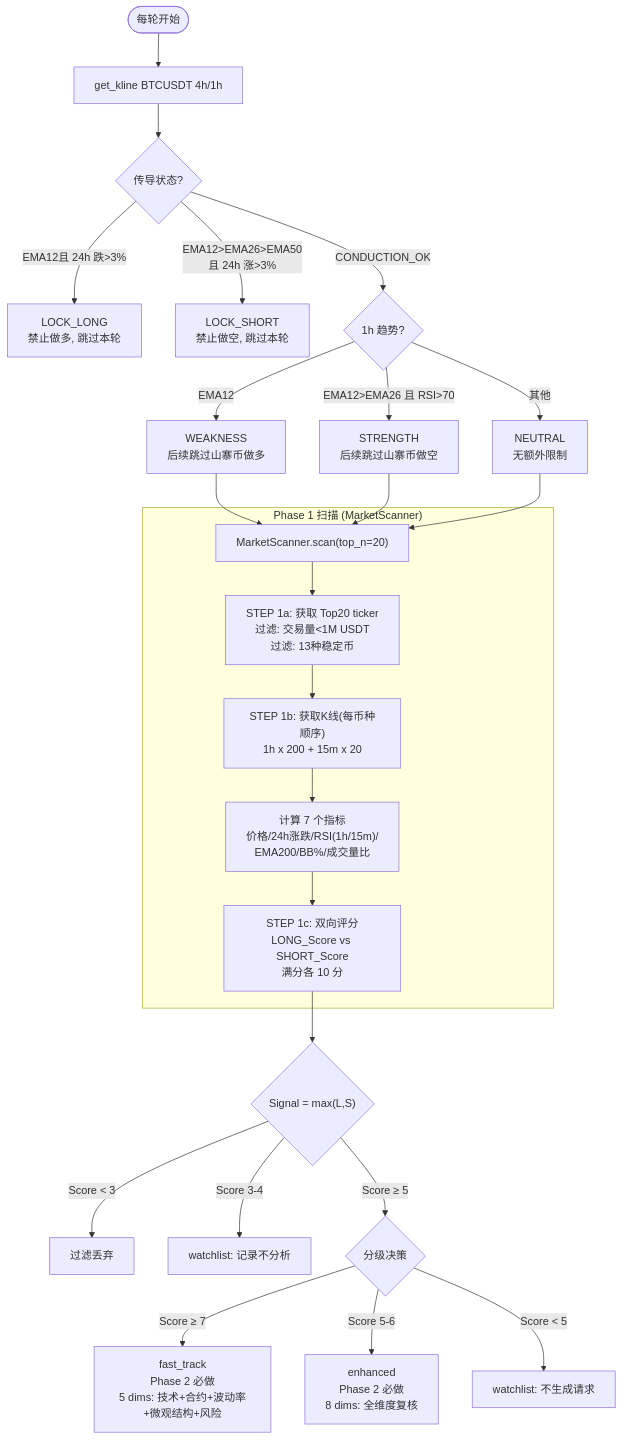
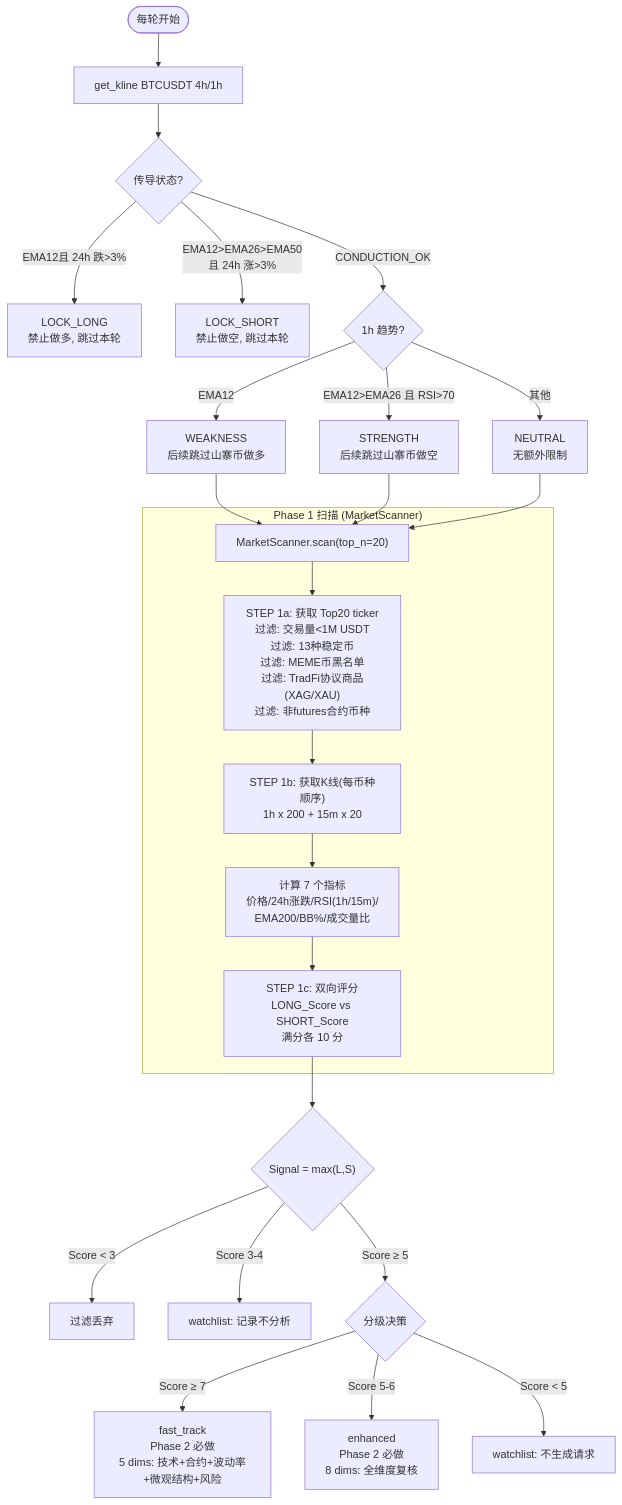
One commit to zihpzhong/Vibe-Trading changed the second of 5 diagrams in docs/auto-trading-plan.md. Above: the diagram before and after it, drawn with Mermaid. The commit also changed other lines of this file, not shown here.

````diff
--- a/docs/auto-trading-plan.md
+++ b/docs/auto-trading-plan.md
@@ -69,33 +71,33 @@
 ```mermaid
 flowchart TD
     START(["每轮开始"]) --> BTC[get_kline BTCUSDT 4h/1h]
     BTC --> COND{传导状态?}
 
     COND -->|EMA12<EMA26<EMA50<br>且 24h 跌>3%| LOCK_LONG[LOCK_LONG<br>禁止做多, 跳过本轮]
     COND -->|EMA12>EMA26>EMA50<br>且 24h 涨>3%| LOCK_SHORT[LOCK_SHORT<br>禁止做空, 跳过本轮]
     COND -->|CONDUCTION_OK| TREND{1h 趋势?}
 
     TREND -->|EMA12<EMA26| WEAK[WEAKNESS<br>后续跳过山寨币做多]
     TREND -->|EMA12>EMA26 且 RSI>70| STRONG[STRENGTH<br>后续跳过山寨币做空]
     TREND -->|其他| NEUTRAL[NEUTRAL<br>无额外限制]
 
     WEAK --> SCAN
     STRONG --> SCAN
     NEUTRAL --> SCAN
 
     subgraph PHASE1["Phase 1 扫描 (MarketScanner)"]
-        SCAN["MarketScanner.scan(top_n=20)"] --> TICKER["STEP 1a: 获取 Top20 ticker<br>过滤: 交易量<1M USDT<br>过滤: 13种稳定币"]
+        SCAN["MarketScanner.scan(top_n=20)"] --> TICKER["STEP 1a: 获取 Top20 ticker<br>过滤: 交易量<1M USDT<br>过滤: 13种稳定币<br>过滤: MEME币黑名单<br>过滤: TradFi协议商品(XAG/XAU)<br>过滤: 非futures合约币种"]
         TICKER --> KLINE["STEP 1b: 获取K线(每币种顺序)<br>1h x 200 + 15m x 20"]
         KLINE --> INDICATORS["计算 7 个指标<br>价格/24h涨跌/RSI(1h/15m)/<br>EMA200/BB%/成交量比"]
         INDICATORS --> SCORE["STEP 1c: 双向评分<br>LONG_Score vs SHORT_Score<br>满分各 10 分"]
     end
 
     SCORE --> RANK{"Signal = max(L,S)"}
     RANK -->|Score < 3| FILTER[过滤丢弃]
     RANK -->|Score 3-4| WATCH[watchlist: 记录不分析]
     RANK -->|Score ≥ 5| TIER{分级决策}
 
     TIER -->|Score ≥ 7| FAST[fast_track<br>Phase 2 必做<br>5 dims: 技术+合约+波动率+微观结构+风险]
     TIER -->|Score 5-6| ENHANCED[enhanced<br>Phase 2 必做<br>8 dims: 全维度复核]
     TIER -->|Score < 5| END[watchlist: 不生成请求]
 ```
````
